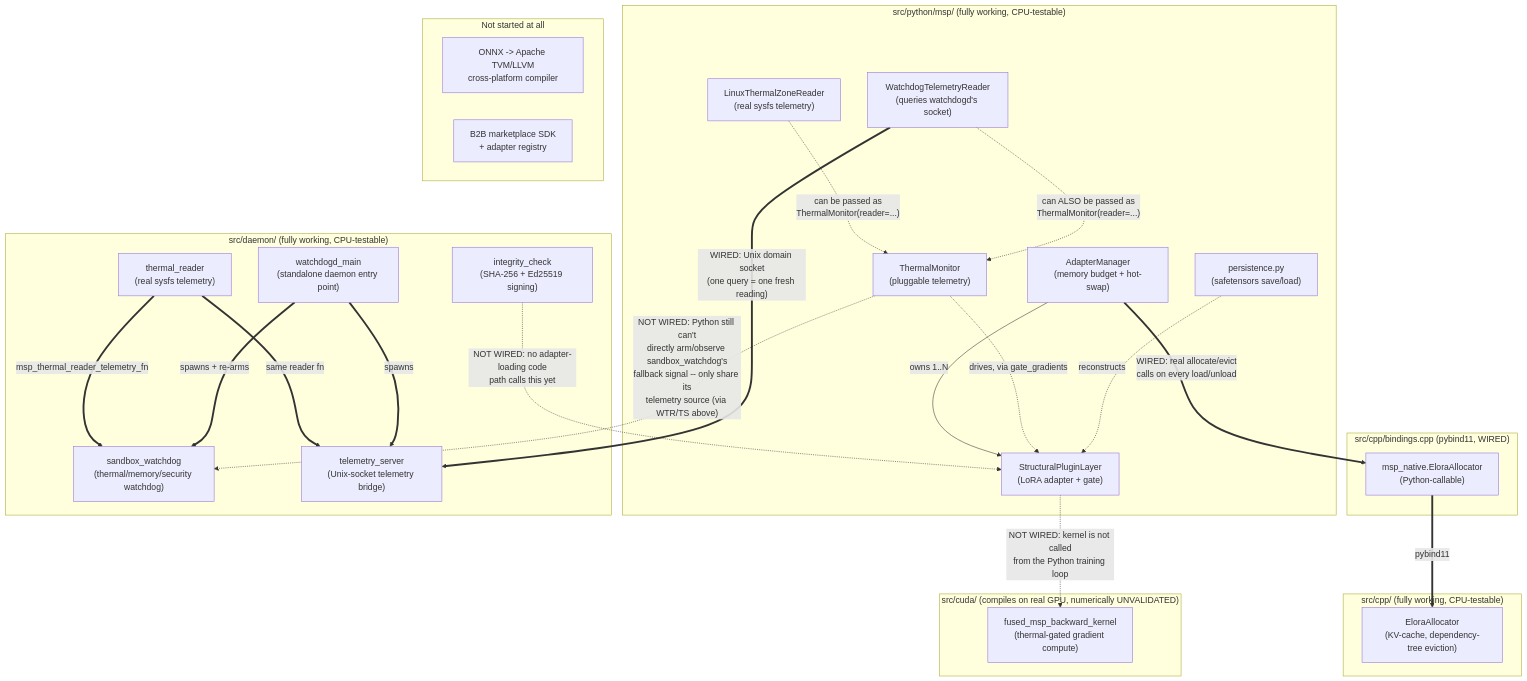
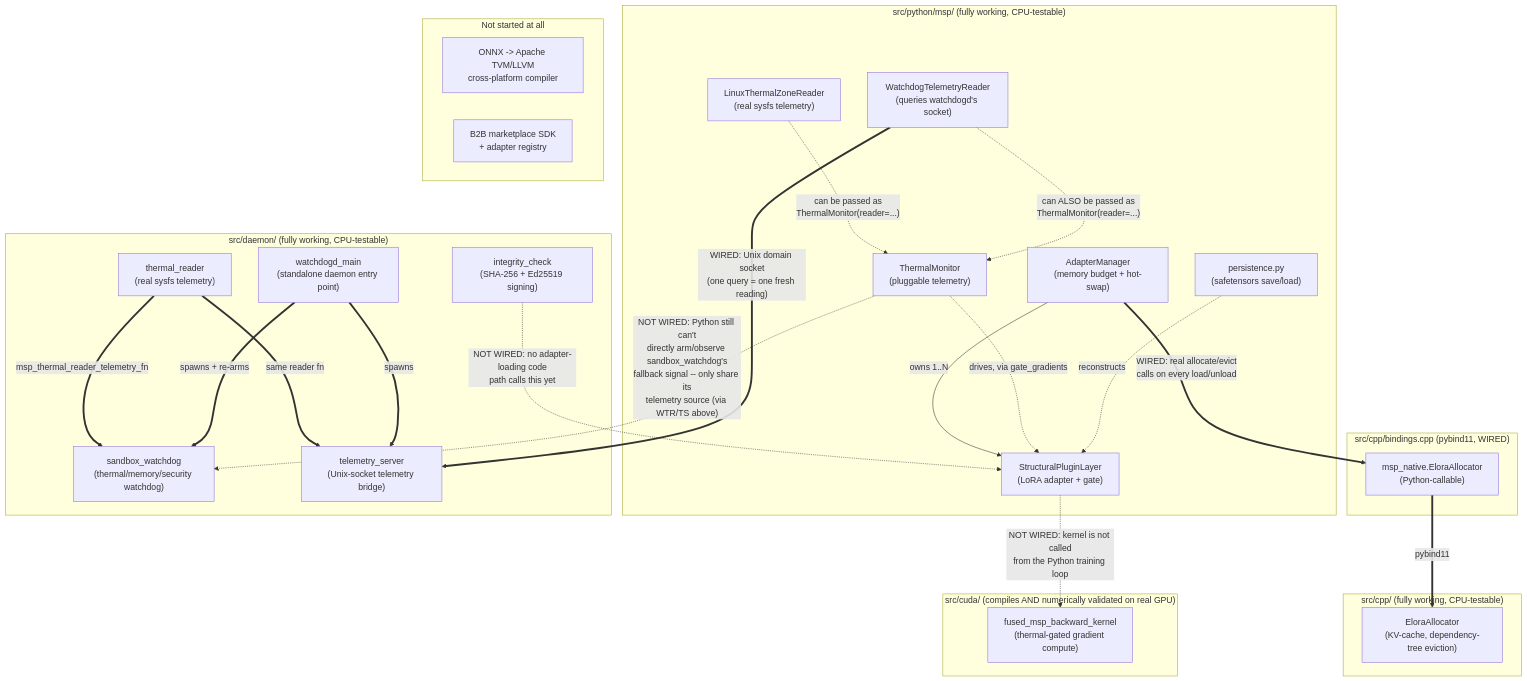
Before and after one commit to trinityman-hash/MSP: the diagram in docs/STATUS.md, drawn with Mermaid. The commit also changed other lines of this file, not shown here.

First line of the commit message:
docs: mark CUDA kernel as numerically validated (real Colab T4 run, 2026-07-20)

````diff
--- a/docs/STATUS.md
+++ b/docs/STATUS.md
@@ -39,52 +39,52 @@
 ```mermaid
 flowchart TB
     subgraph Python["src/python/msp/  (fully working, CPU-testable)"]
         PL["StructuralPluginLayer\n(LoRA adapter + gate)"]
         AM["AdapterManager\n(memory budget + hot-swap)"]
         TM["ThermalMonitor\n(pluggable telemetry)"]
         LTZ["LinuxThermalZoneReader\n(real sysfs telemetry)"]
         WTR["WatchdogTelemetryReader\n(queries watchdogd's socket)"]
         PERSIST["persistence.py\n(safetensors save/load)"]
         AM -->|owns 1..N| PL
         TM -.->|drives, via gate_gradients| PL
         LTZ -.->|"can be passed as\nThermalMonitor(reader=...)"| TM
         WTR -.->|"can ALSO be passed as\nThermalMonitor(reader=...)"| TM
         PERSIST -.->|reconstructs| PL
     end
 
     subgraph Bind["src/cpp/bindings.cpp  (pybind11, WIRED)"]
         NATIVE["msp_native.EloraAllocator\n(Python-callable)"]
     end
 
     subgraph CPP["src/cpp/  (fully working, CPU-testable)"]
         EA["EloraAllocator\n(KV-cache, dependency-tree eviction)"]
     end
 
     subgraph C["src/daemon/  (fully working, CPU-testable)"]
         WD["sandbox_watchdog\n(thermal/memory/security watchdog)"]
         IC["integrity_check\n(SHA-256 + Ed25519 signing)"]
         CTZ["thermal_reader\n(real sysfs telemetry)"]
         TS["telemetry_server\n(Unix-socket telemetry bridge)"]
         MAIN["watchdogd_main\n(standalone daemon entry point)"]
         CTZ ==>|"msp_thermal_reader_telemetry_fn"| WD
         CTZ ==>|"same reader fn"| TS
         MAIN ==>|"spawns + re-arms"| WD
         MAIN ==>|"spawns"| TS
     end
 
-    subgraph CUDA["src/cuda/  (compiles on real GPU, numerically UNVALIDATED)"]
+    subgraph CUDA["src/cuda/  (compiles AND numerically validated on real GPU)"]
         KERNEL["fused_msp_backward_kernel\n(thermal-gated gradient compute)"]
     end
 
     AM ==>|"WIRED: real allocate/evict\ncalls on every load/unload"| NATIVE
     NATIVE ==>|pybind11| EA
     WTR ==>|"WIRED: Unix domain socket\n(one query = one fresh reading)"| TS
     TM -.->|"NOT WIRED: Python still can't\ndirectly arm/observe sandbox_watchdog's\nfallback signal -- only share its\ntelemetry source (via WTR/TS above)"| WD
     PL -.->|"NOT WIRED: kernel is not called\nfrom the Python training loop"| KERNEL
     IC -.->|"NOT WIRED: no adapter-loading code\npath calls this yet"| PL
 
     subgraph Missing["Not started at all"]
         TVM["ONNX -> Apache TVM/LLVM\ncross-platform compiler"]
         SDK["B2B marketplace SDK\n+ adapter registry"]
     end
 ```
````
